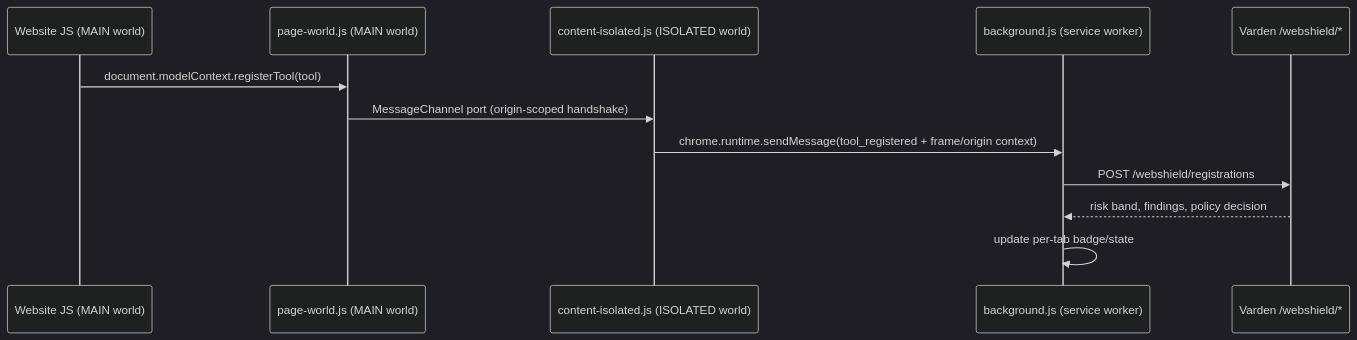
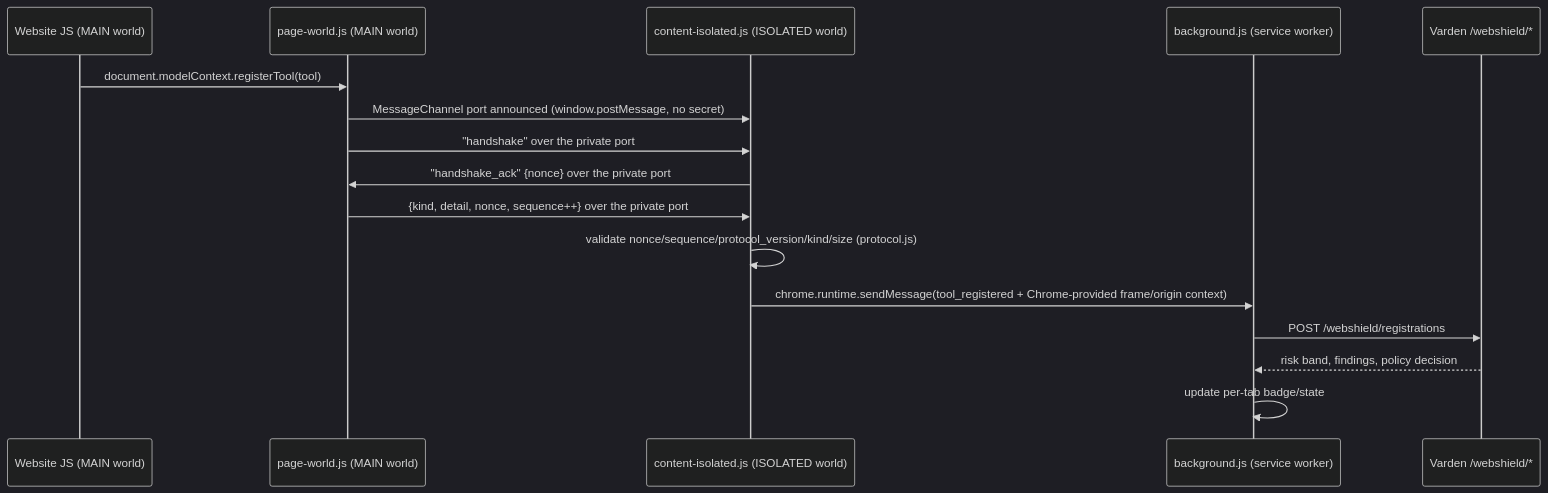
Before and after one commit to markndg/varden: the diagram in docs/web-shield-extension.md, drawn with Mermaid (dark theme). The commit also changed other lines of this file and 33 other files, not shown here.

````diff
--- a/docs/web-shield-extension.md
+++ b/docs/web-shield-extension.md
@@ -61,15 +84,19 @@
 ```mermaid
 sequenceDiagram
     participant Page as Website JS (MAIN world)
     participant PW as page-world.js (MAIN world)
     participant CI as content-isolated.js (ISOLATED world)
     participant BG as background.js (service worker)
     participant API as Varden /webshield/*
 
     Page->>PW: document.modelContext.registerTool(tool)
-    PW->>CI: MessageChannel port (origin-scoped handshake)
-    CI->>BG: chrome.runtime.sendMessage(tool_registered + frame/origin context)
+    PW->>CI: MessageChannel port announced (window.postMessage, no secret)
+    PW->>CI: "handshake" over the private port
+    CI->>PW: "handshake_ack" {nonce} over the private port
+    PW->>CI: {kind, detail, nonce, sequence++} over the private port
+    CI->>CI: validate nonce/sequence/protocol_version/kind/size (protocol.js)
+    CI->>BG: chrome.runtime.sendMessage(tool_registered + Chrome-provided frame/origin context)
     BG->>API: POST /webshield/registrations
     API-->>BG: risk band, findings, policy decision
     BG->>BG: update per-tab badge/state
 ```
````
